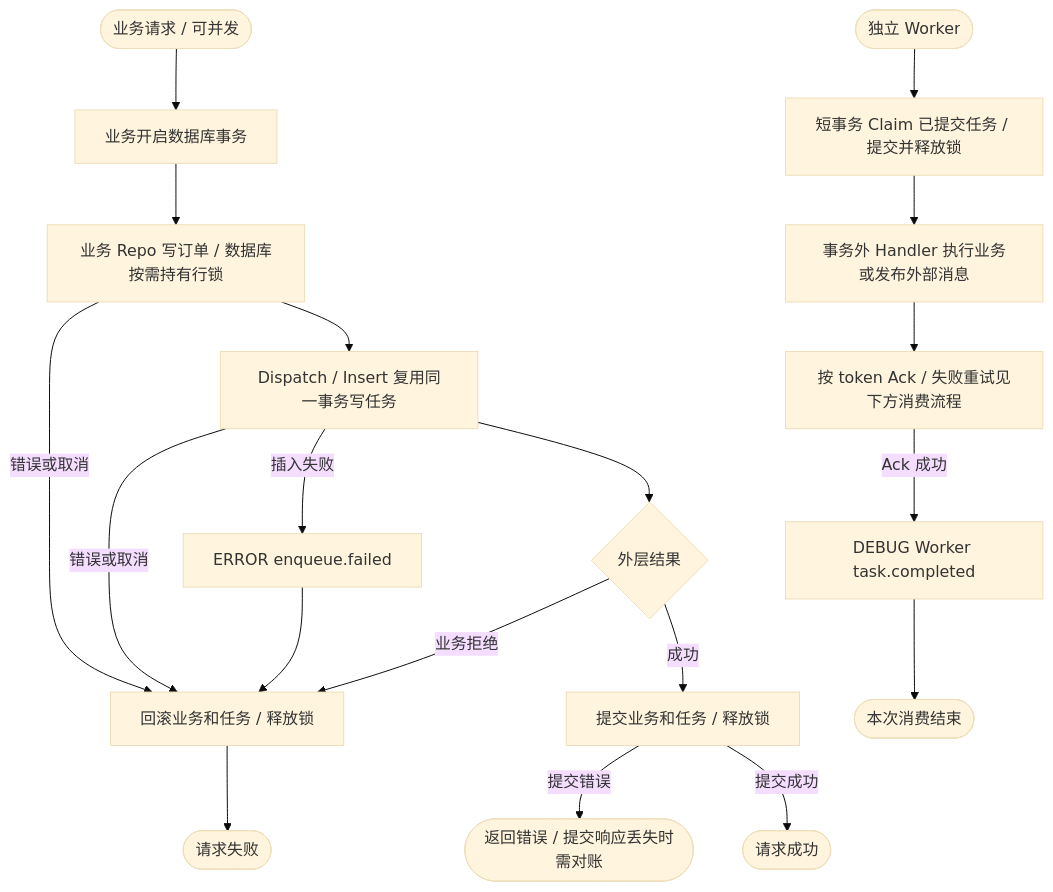
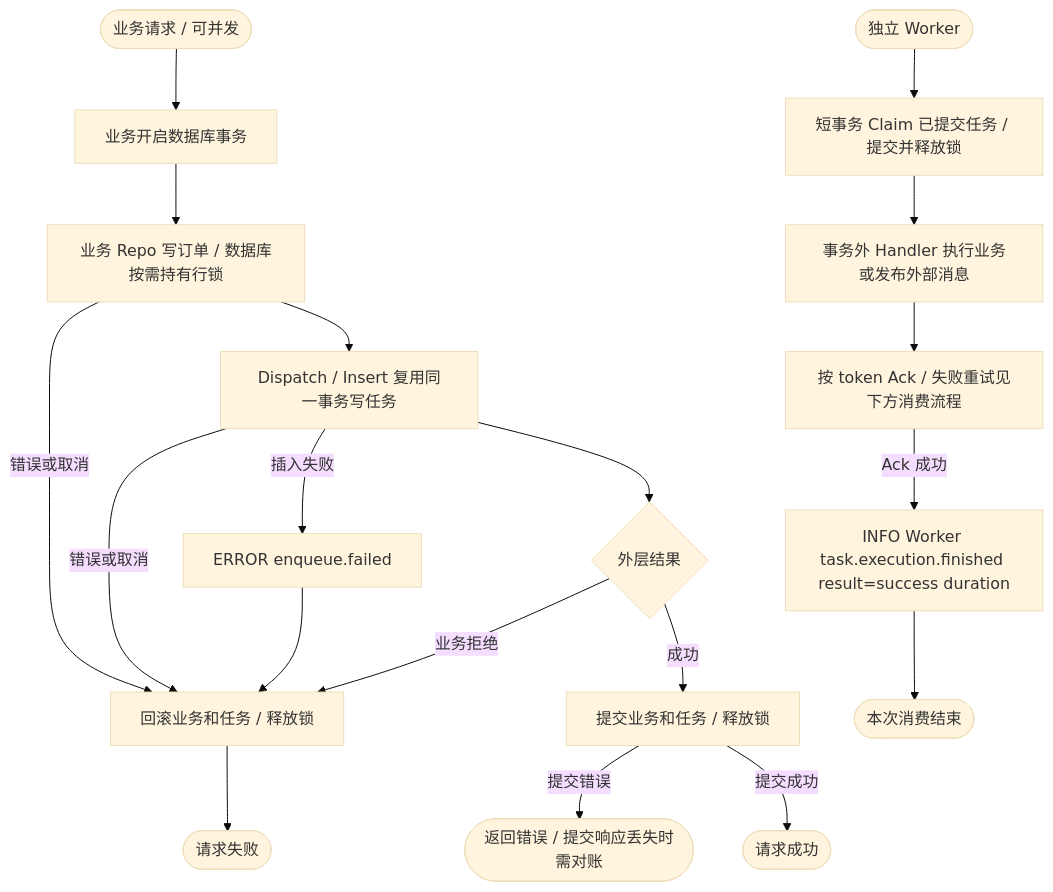
The first of 2 diagrams in contrib/queue/database/README.md (jaggerzhuang1994/kratos-foundation), drawn with Mermaid (base theme) before and after one commit. The commit also changed other lines of this file and 122 other files, not shown here.

````diff
--- a/contrib/queue/database/README.md
+++ b/contrib/queue/database/README.md
@@ -86,20 +88,20 @@
 ```mermaid
 flowchart TD
     A([业务请求 / 可并发]) --> B[业务开启数据库事务]
     B --> C[业务 Repo 写订单 / 数据库按需持有行锁]
     C --> D[Dispatch / Insert 复用同一事务写任务]
     D --> E{外层结果}
     C & D -- 错误或取消 --> R[回滚业务和任务 / 释放锁]
     D -- 插入失败 --> L[ERROR enqueue.failed]
     L --> R
     E -- 业务拒绝 --> R
     E -- 成功 --> F[提交业务和任务 / 释放锁]
     F -- 提交错误 --> U([返回错误 / 提交响应丢失时需对账])
     F -- 提交成功 --> G([请求成功])
     R --> H([请求失败])
     W([独立 Worker]) --> X[短事务 Claim 已提交任务 / 提交并释放锁]
     X --> Y[事务外 Handler 执行业务或发布外部消息]
     Y --> Z[按 token Ack / 失败重试见下方消费流程]
-    Z -- Ack 成功 --> O[DEBUG Worker task.completed]
+    Z -- Ack 成功 --> O[INFO Worker task.execution.finished result=success duration]
     O --> Q([本次消费结束])
 ```
````
